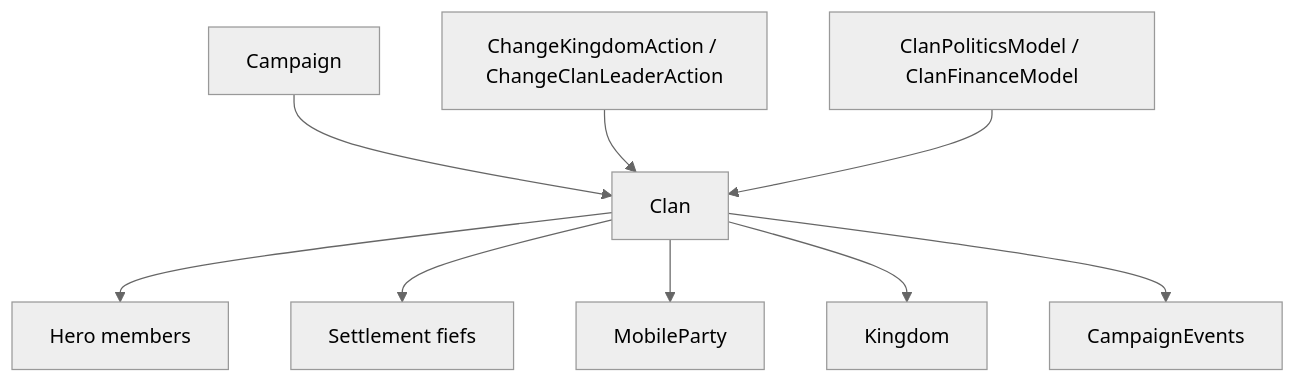
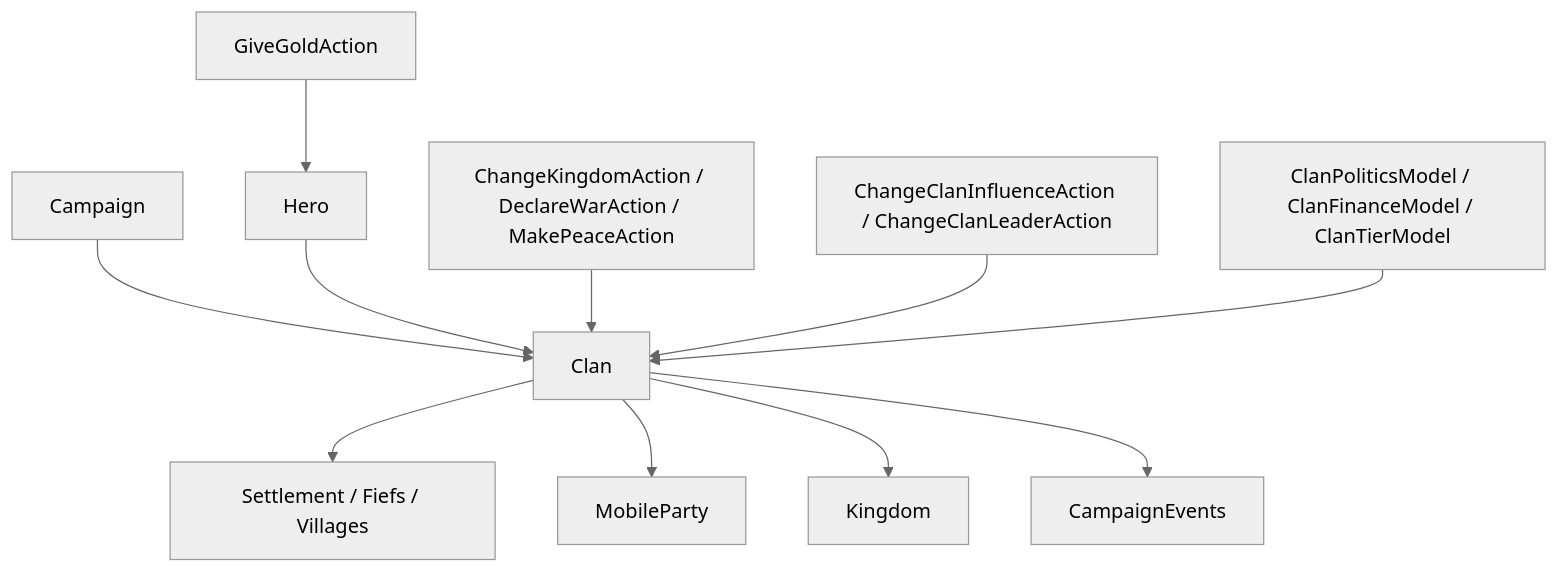
One commit to BannerlordCode/BannerlordCode.github.io changed the diagram in content/v1.4.5/zh/api/campaign/Clan.md. Above: the diagram before and after it, drawn with Mermaid (neutral theme). The commit also changed other lines of this file and 12 other files, not shown here.

````diff
--- a/content/v1.4.5/zh/api/campaign/Clan.md
+++ b/content/v1.4.5/zh/api/campaign/Clan.md
@@ -42,11 +47,13 @@
 ```mermaid
 graph TD
     CAM[Campaign] --> CLAN[Clan]
-    CLAN --> HERO[Hero members]
-    CLAN --> SET[Settlement fiefs]
+    HERO[Hero] --> CLAN
+    CLAN --> SET[Settlement / Fiefs / Villages]
     CLAN --> PARTY[MobileParty]
     CLAN --> KING[Kingdom]
-    ACT[ChangeKingdomAction / ChangeClanLeaderAction] --> CLAN
-    MODEL[ClanPoliticsModel / ClanFinanceModel] --> CLAN
+    GOLD[GiveGoldAction] --> HERO
+    CK[ChangeKingdomAction / DeclareWarAction / MakePeaceAction] --> CLAN
+    CLI[ChangeClanInfluenceAction / ChangeClanLeaderAction] --> CLAN
+    MODEL[ClanPoliticsModel / ClanFinanceModel / ClanTierModel] --> CLAN
     CLAN --> EVT[CampaignEvents]
 ```
````
